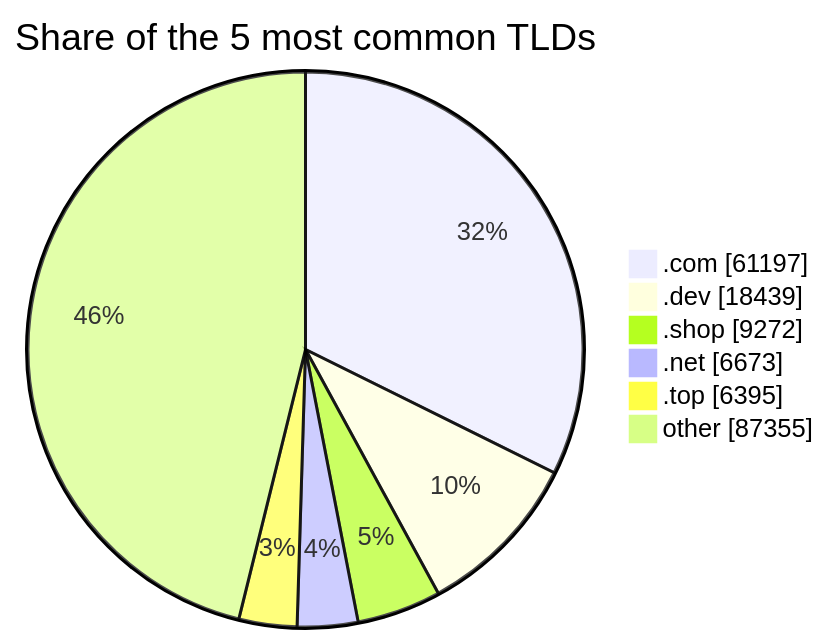
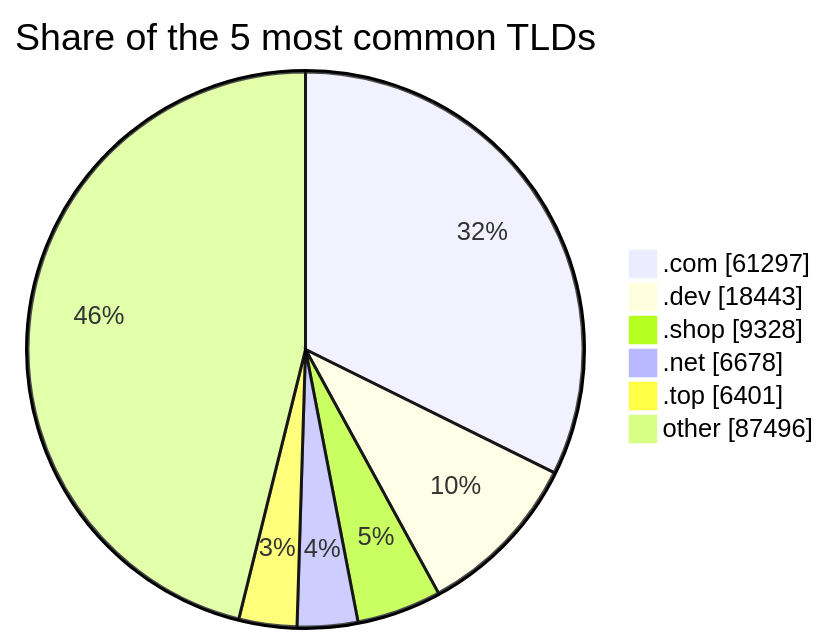
One commit to DNSBunker/CTI changed the third of 3 diagrams in README.md. Above: the diagram before and after it, drawn with Mermaid. The commit also changed other lines of this file and 3 other files, not shown here.

````diff
--- a/README.md
+++ b/README.md
@@ -81,9 +81,9 @@
 ```mermaid
 pie showData title Share of the 5 most common TLDs
-    ".com" : 61197
-    ".dev" : 18439
-    ".shop" : 9272
-    ".net" : 6673
-    ".top" : 6395
-    "other" : 87355
+    ".com" : 61297
+    ".dev" : 18443
+    ".shop" : 9328
+    ".net" : 6678
+    ".top" : 6401
+    "other" : 87496
 ```
````
